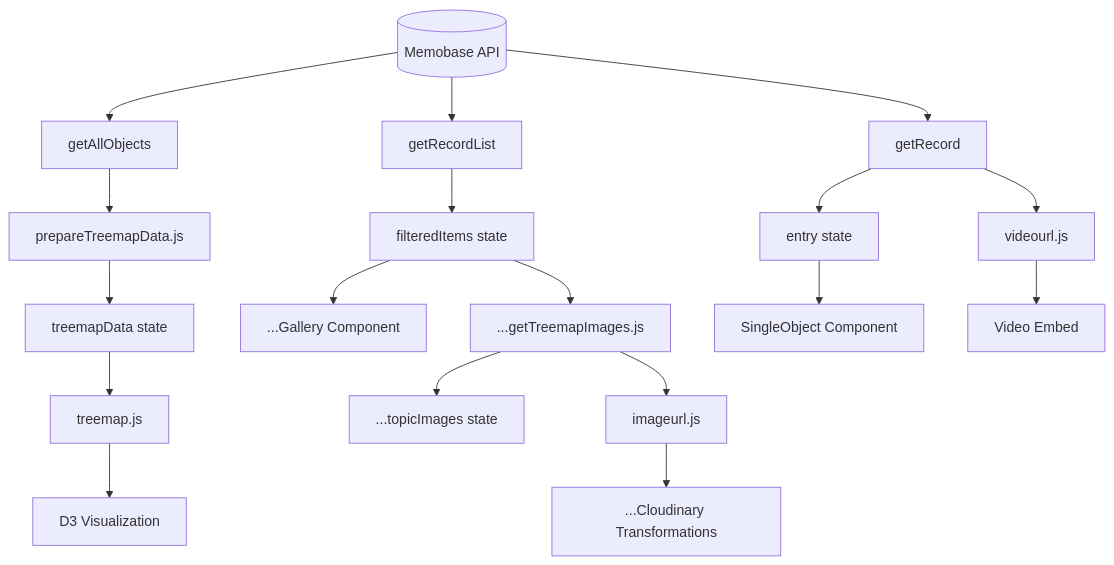
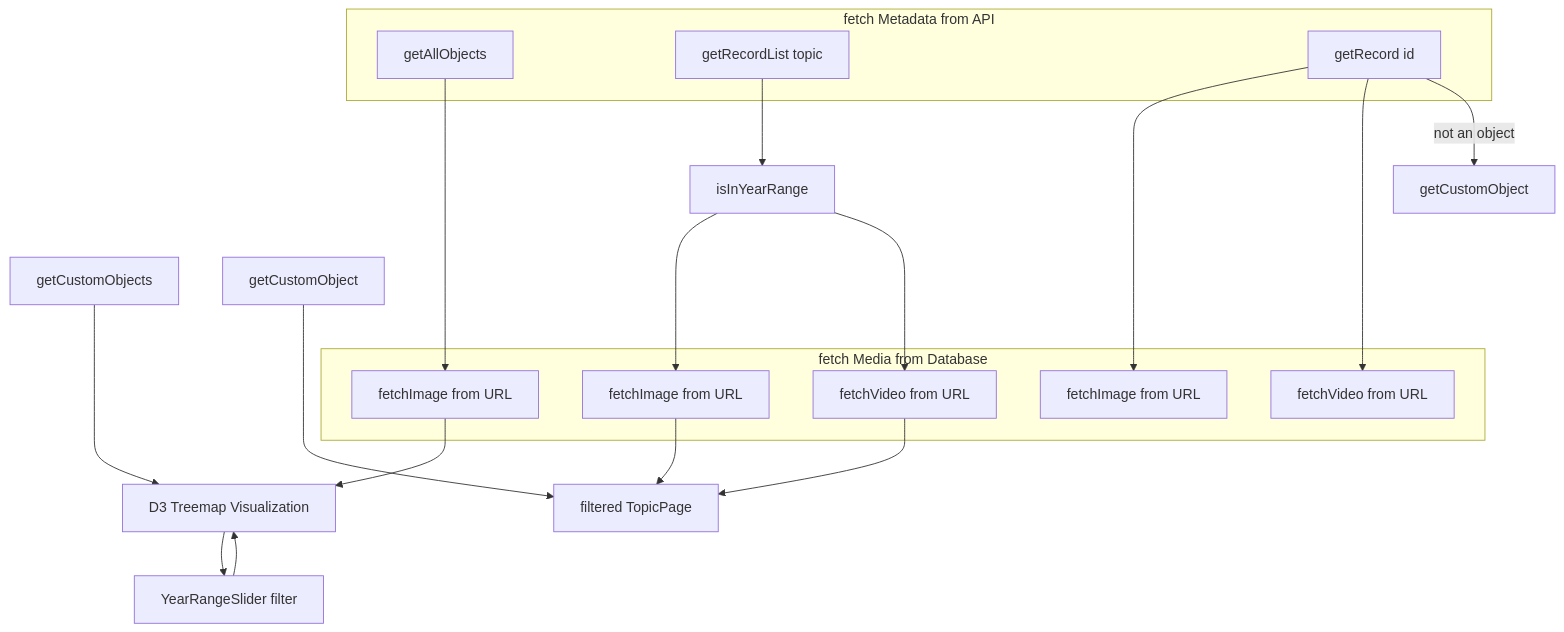
One commit to klotho17/stadt-in-bewegung changed the second of 2 diagrams in README.md. Above: the diagram before and after it, drawn with Mermaid. The commit also changed other lines of this file, not shown here.

Commit message:
updated flowchart

````diff
--- a/README.md
+++ b/README.md
@@ -129,24 +86,35 @@
 ```mermaid
 flowchart TD
-    A[(Memobase API)] --> B[getAllObjects]
-    A --> C[getRecordList]
-    A --> D[getRecord]
+    subgraph fetch Metadata from API
+      B[getAllObjects] 
+      C[getRecordList topic]
+      D[getRecord id]
+    end
+
     
-    B --> E[prepareTreemapData.js]
-    E --> F[treemapData state]
-    F --> G[treemap.js]
-    G --> H[D3 Visualization]
+    B --> E[fetchImage from URL]
+    E --> F[D3 Treemap Visualization]
+    F --> G[YearRangeSlider filter]
+    G --> F
+    B1[getCustomObjects] ---> F
+
+    C --> J[isInYearRange]
+    J ---> K[fetchImage from URL]
+    J ---> L[fetchVideo from URL]
+    K --> M[filtered TopicPage]
+    L --> M
+    C1[getCustomObject] ---> M
     
-    C --> I[filteredItems state]
-    I --> J[...Gallery Component]
-    I --> K[...getTreemapImages.js]
-    K --> L[...topicImages state]
-    
-    D --> M[entry state]
-    M --> N[SingleObject Component]
-    
-    K --> O[imageurl.js]
-    O --> P[...Cloudinary Transformations]
-    D --> Q[videourl.js]
-    Q --> R[Video Embed]
+    D --> X[fetchImage from URL]
+    D --> Y[fetchVideo from URL]
+    D -->|not an object| Z[getCustomObject]
+
+    subgraph fetch Media from Database
+      E 
+      K
+      L
+      X
+      Y
+    end
+
 ```
````
